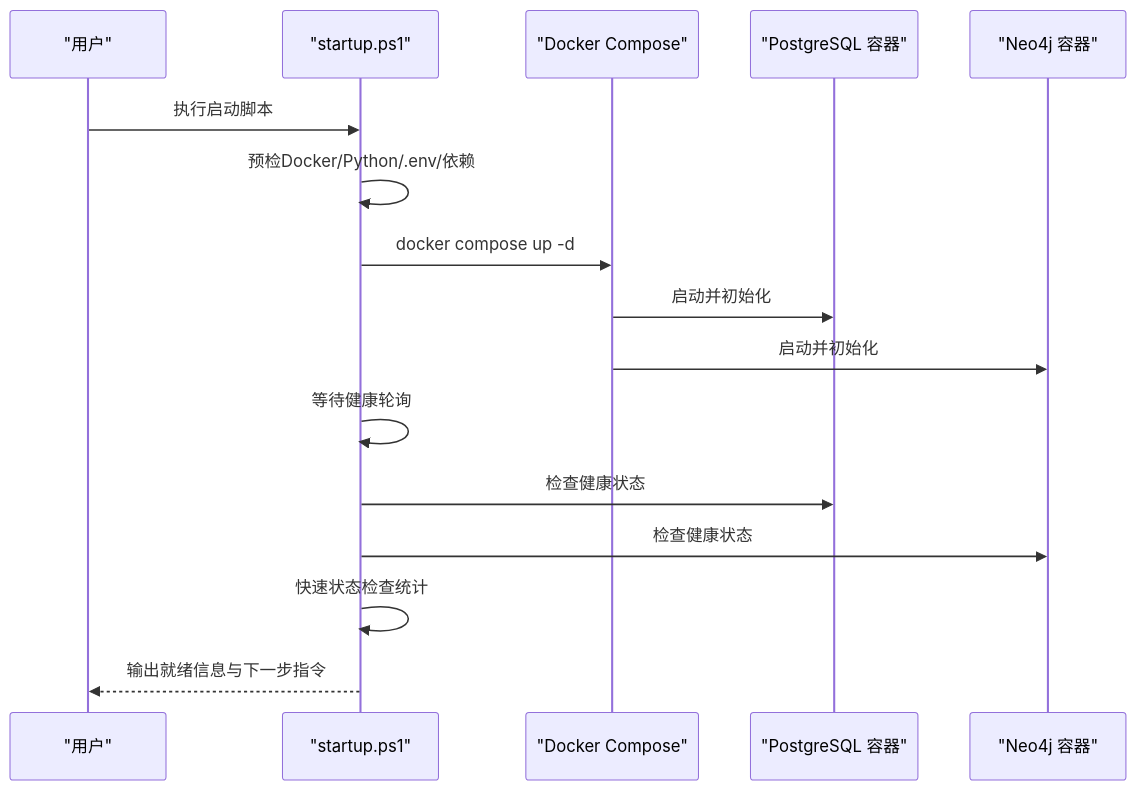
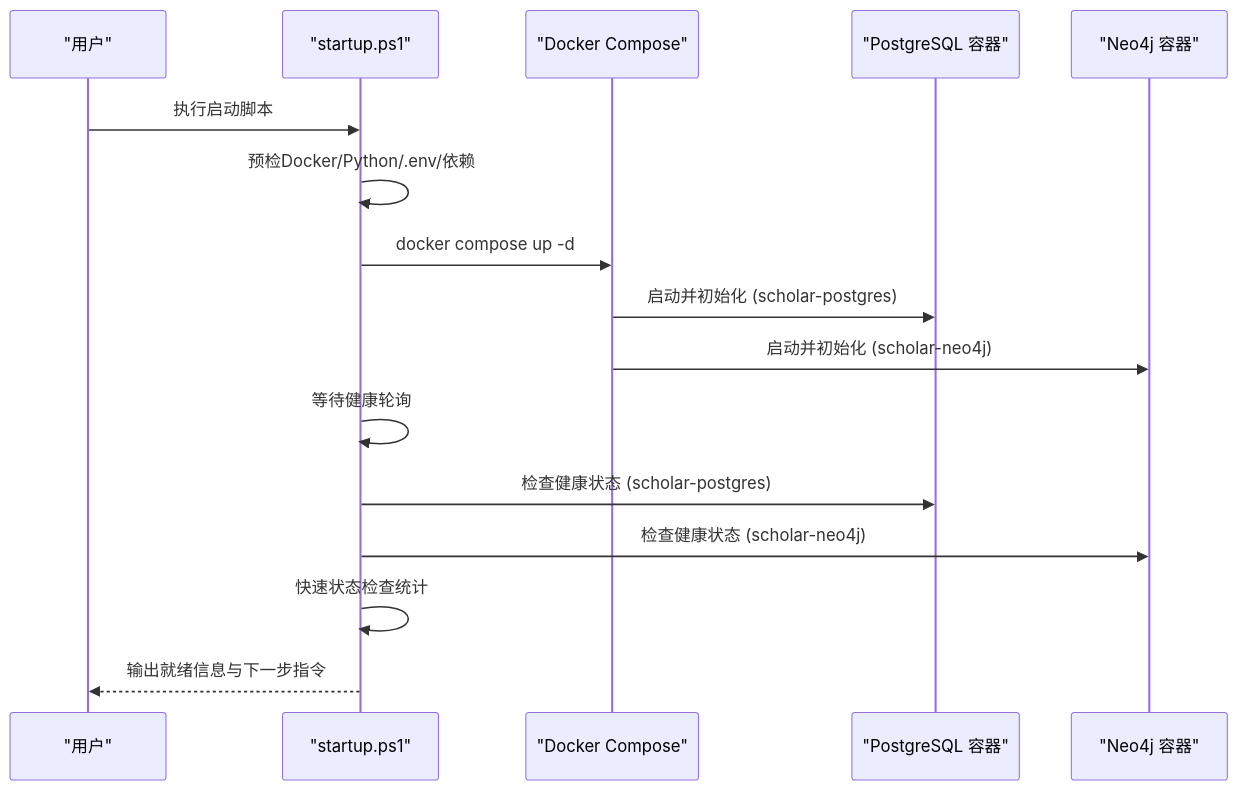
One commit to 1173591564/academic-based-qoder changed the sixth of 8 diagrams in .qoder/repowiki/zh/content/部署与运维/容器化部署.md. Above: the diagram before and after it, drawn with Mermaid. The commit also changed other lines of this file and 110 other files, not shown here.

````diff
--- a/.qoder/repowiki/zh/content/部署与运维/容器化部署.md
+++ b/.qoder/repowiki/zh/content/部署与运维/容器化部署.md
@@ -267,18 +291,18 @@
 ```mermaid
 sequenceDiagram
 participant User as "用户"
 participant Script as "startup.ps1"
 participant Compose as "Docker Compose"
 participant PG as "PostgreSQL 容器"
 participant N4J as "Neo4j 容器"
 User->>Script : 执行启动脚本
 Script->>Script : 预检Docker/Python/.env/依赖
 Script->>Compose : docker compose up -d
-Compose->>PG : 启动并初始化
-Compose->>N4J : 启动并初始化
+Compose->>PG : 启动并初始化 (scholar-postgres)
+Compose->>N4J : 启动并初始化 (scholar-neo4j)
 Script->>Script : 等待健康轮询
-Script->>PG : 检查健康状态
-Script->>N4J : 检查健康状态
+Script->>PG : 检查健康状态 (scholar-postgres)
+Script->>N4J : 检查健康状态 (scholar-neo4j)
 Script->>Script : 快速状态检查统计
 Script-->>User : 输出就绪信息与下一步指令
 ```
````
